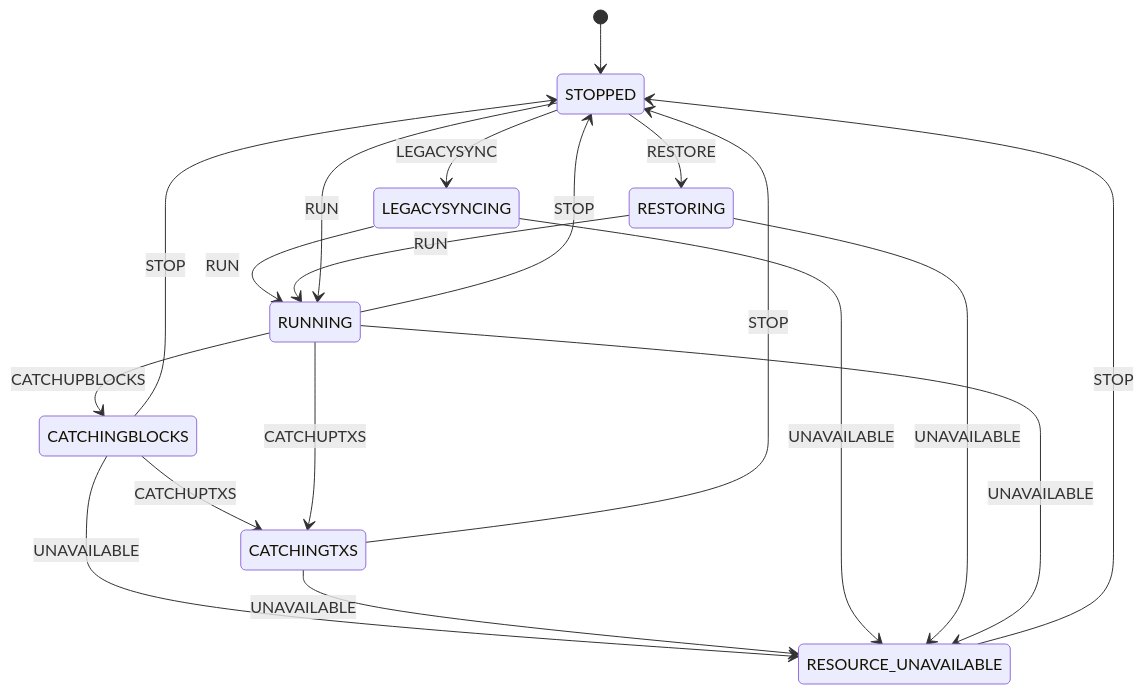
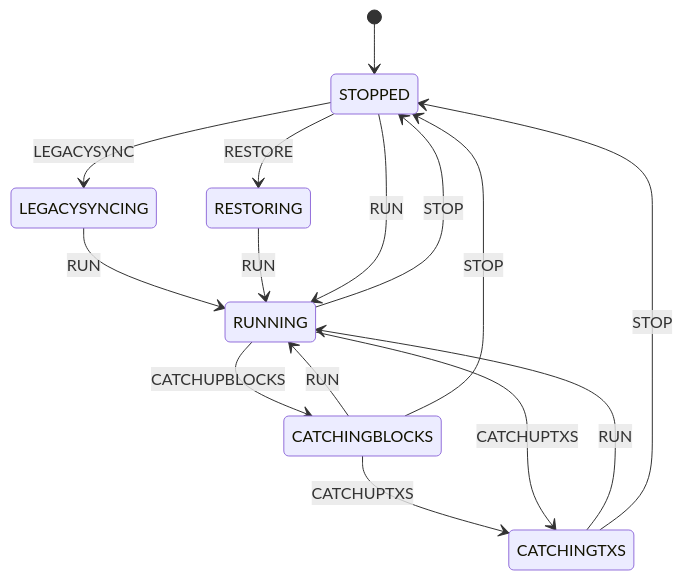
The diagram in docs/state-machine.diagram.md (freemans13/teranode), drawn with Mermaid before and after one commit. The commit also changed 5 other files, not shown here.

````diff
--- a/docs/state-machine.diagram.md
+++ b/docs/state-machine.diagram.md
@@ -5,21 +5,17 @@
 ```mermaid
 stateDiagram-v2
     [*] --> STOPPED
     CATCHINGBLOCKS --> CATCHINGTXS: CATCHUPTXS
+    CATCHINGBLOCKS --> RUNNING: RUN
     CATCHINGBLOCKS --> STOPPED: STOP
-    CATCHINGBLOCKS --> RESOURCE_UNAVAILABLE: UNAVAILABLE
+    CATCHINGTXS --> RUNNING: RUN
     CATCHINGTXS --> STOPPED: STOP
-    CATCHINGTXS --> RESOURCE_UNAVAILABLE: UNAVAILABLE
     LEGACYSYNCING --> RUNNING: RUN
-    LEGACYSYNCING --> RESOURCE_UNAVAILABLE: UNAVAILABLE
-    RESOURCE_UNAVAILABLE --> STOPPED: STOP
     RESTORING --> RUNNING: RUN
-    RESTORING --> RESOURCE_UNAVAILABLE: UNAVAILABLE
     RUNNING --> CATCHINGBLOCKS: CATCHUPBLOCKS
     RUNNING --> CATCHINGTXS: CATCHUPTXS
     RUNNING --> STOPPED: STOP
-    RUNNING --> RESOURCE_UNAVAILABLE: UNAVAILABLE
     STOPPED --> LEGACYSYNCING: LEGACYSYNC
     STOPPED --> RESTORING: RESTORE
     STOPPED --> RUNNING: RUN
 ```
````
